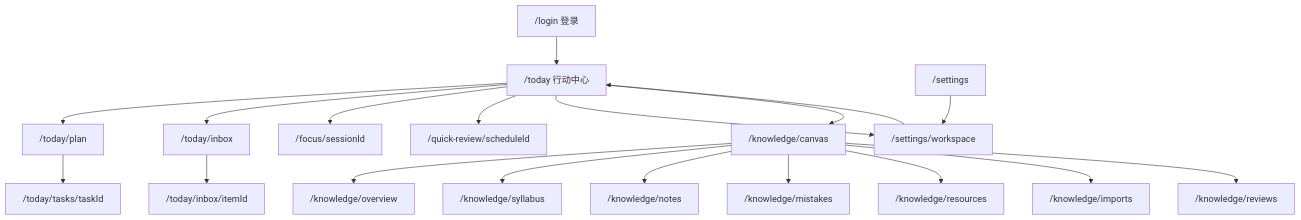
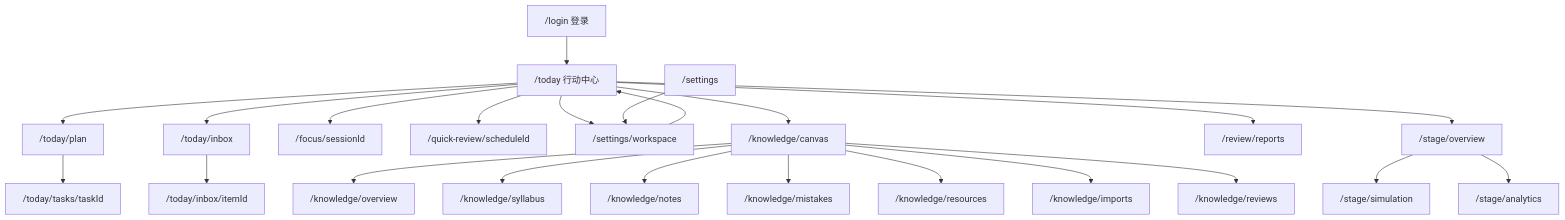
The diagram in docs/ux/site-navigation.md (AreaSong/AreaForge), drawn with Mermaid before and after one commit. The commit also changed other lines of this file and 2 other files, not shown here.

````diff
--- a/docs/ux/site-navigation.md
+++ b/docs/ux/site-navigation.md
@@ -9,21 +9,25 @@
 ```mermaid
 flowchart TB
   login["/login 登录"] --> today["/today 行动中心"]
   today --> plan["/today/plan"]
   today --> inbox["/today/inbox"]
   today --> focus["/focus/sessionId"]
   today --> quickReview["/quick-review/scheduleId"]
   today --> workspace["/settings/workspace"]
   today --> knowledge["/knowledge/canvas"]
   knowledge --> overview["/knowledge/overview"]
   knowledge --> syllabus["/knowledge/syllabus"]
   knowledge --> notes["/knowledge/notes"]
   knowledge --> mistakes["/knowledge/mistakes"]
   knowledge --> resources["/knowledge/resources"]
   knowledge --> imports["/knowledge/imports"]
   knowledge --> reviews["/knowledge/reviews"]
+  today --> report["/review/reports"]
+  today --> stage["/stage/overview"]
+  stage --> simulation["/stage/simulation"]
+  stage --> analytics["/stage/analytics"]
   plan --> task["/today/tasks/taskId"]
   inbox --> inboxItem["/today/inbox/itemId"]
   workspace --> today
   settings["/settings"] --> workspace
 ```
````
